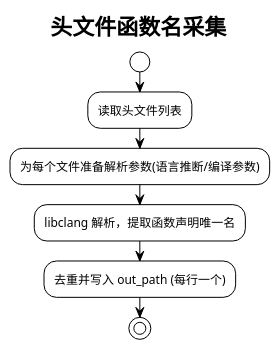
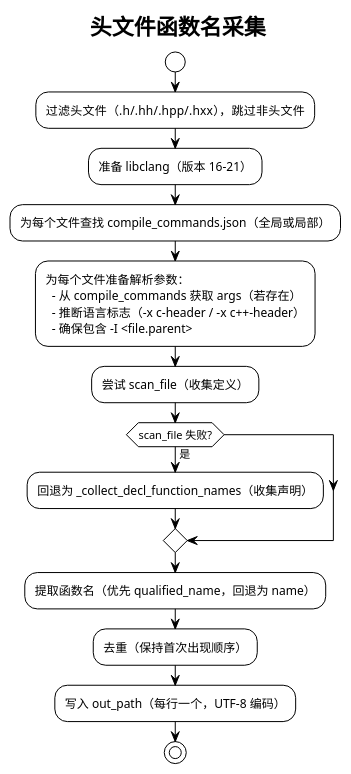
One commit to skyfireitdiy/Jarvis changed diagram 45 of 60 in 技术报告.md. Above: the diagram before and after it, drawn with PlantUML. The commit also changed other lines of this file, not shown here.

````diff
--- a/技术报告.md
+++ b/技术报告.md
@@ -3095,13 +3226,23 @@
 ```plantuml
 @startuml
 !theme plain
 title 头文件函数名采集
 
 start
-:读取头文件列表;
-:为每个文件准备解析参数(语言推断/编译参数);
-:libclang 解析，提取函数声明唯一名;
-:去重并写入 out_path (每行一个);
+:过滤头文件（.h/.hh/.hpp/.hxx），跳过非头文件;
+:准备 libclang（版本 16-21）;
+:为每个文件查找 compile_commands.json（全局或局部）;
+:为每个文件准备解析参数：
+  - 从 compile_commands 获取 args（若存在）
+  - 推断语言标志（-x c-header / -x c++-header）
+  - 确保包含 -I <file.parent>;
+:尝试 scan_file（收集定义）;
+if (scan_file 失败?) then (是)
+  :回退为 _collect_decl_function_names（收集声明）;
+endif
+:提取函数名（优先 qualified_name，回退为 name）;
+:去重（保持首次出现顺序）;
+:写入 out_path（每行一个，UTF-8 编码）;
 stop
 @enduml
 ```
````
